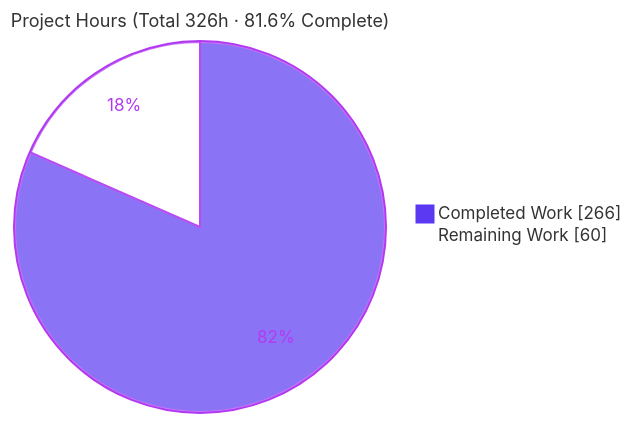
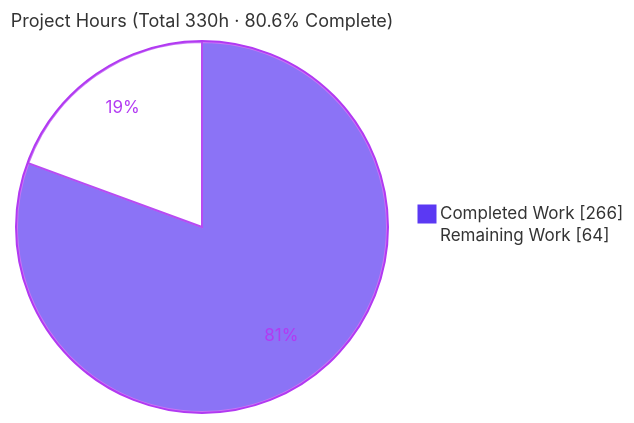
The second of 3 diagrams in blitzy/documentation/Project Guide.md (blitzy-public-samples/ecommerce-shop), drawn with Mermaid before and after one commit. The commit also changed other lines of this file, not shown here.

Commit message:
Adding Blitzy Project Guide: Project Status and Human Tasks Remaining

````diff
--- a/blitzy/documentation/Project Guide.md
+++ b/blitzy/documentation/Project Guide.md
@@ -230,6 +237,6 @@
 ```mermaid
 %%{init: {'theme':'base', 'themeVariables': {'pie1':'#5B39F3','pie2':'#FFFFFF','pieStrokeColor':'#B23AF2','pieOuterStrokeColor':'#B23AF2','pieStrokeWidth':'2px','pieSectionTextColor':'#B23AF2','pieTitleTextSize':'18px'}}}%%
-pie showData title Project Hours (Total 326h · 81.6% Complete)
+pie showData title Project Hours (Total 330h · 80.6% Complete)
     "Completed Work" : 266
-    "Remaining Work" : 60
+    "Remaining Work" : 64
 ```
````
